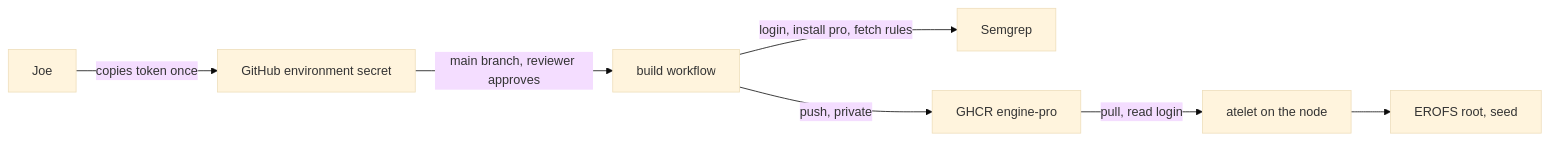
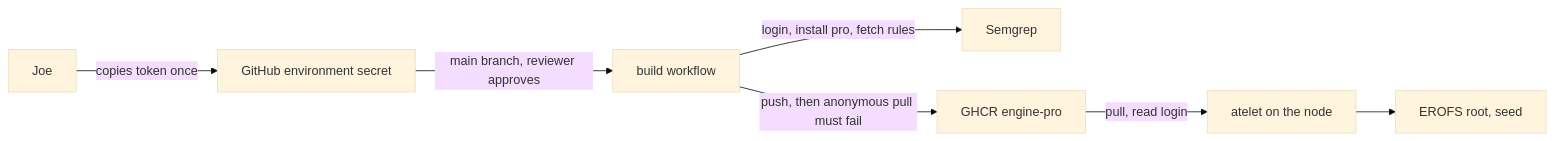
One commit to jomcgi-org/homelab changed the third of 3 diagrams in projects/platform-factory/substrate/egress-scan/ARCHITECTURE.md. Above: the diagram before and after it, drawn with Mermaid (base theme). The commit also changed other lines of this file and 1 other file, not shown here.

First line of the commit message:
docs(egress-scan): fix the engine path note after design review

````diff
--- a/projects/platform-factory/substrate/egress-scan/ARCHITECTURE.md
+++ b/projects/platform-factory/substrate/egress-scan/ARCHITECTURE.md
@@ -261,9 +302,9 @@
 ```mermaid
 flowchart LR
   J[Joe] -- "copies token once" --> V[GitHub environment secret]
   V -- "main branch, reviewer approves" --> W[build workflow]
   W -- "login, install pro, fetch rules" --> D[Semgrep]
-  W -- "push, private" --> I[GHCR engine-pro]
+  W -- "push, then anonymous pull must fail" --> I[GHCR engine-pro]
   I -- "pull, read login" --> L[atelet on the node]
   L --> S[EROFS root, seed]
 ```
````
